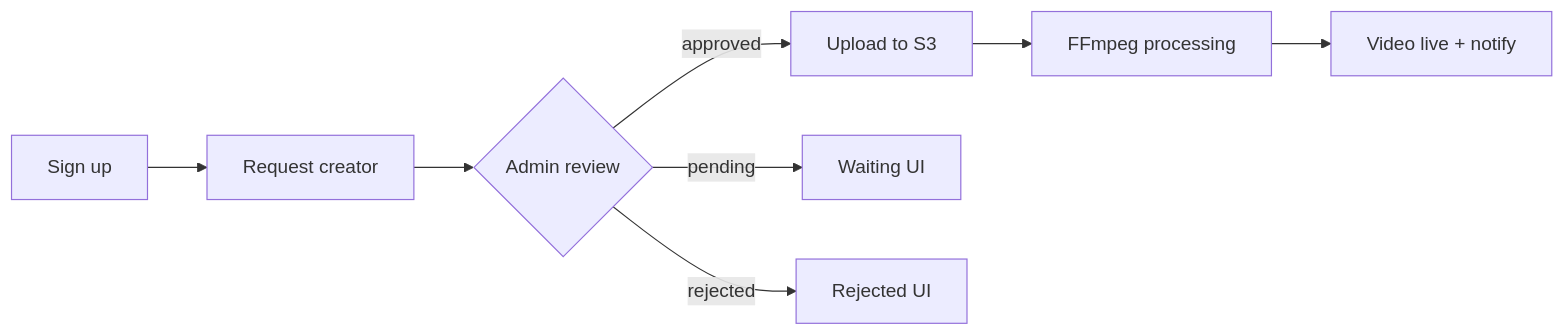
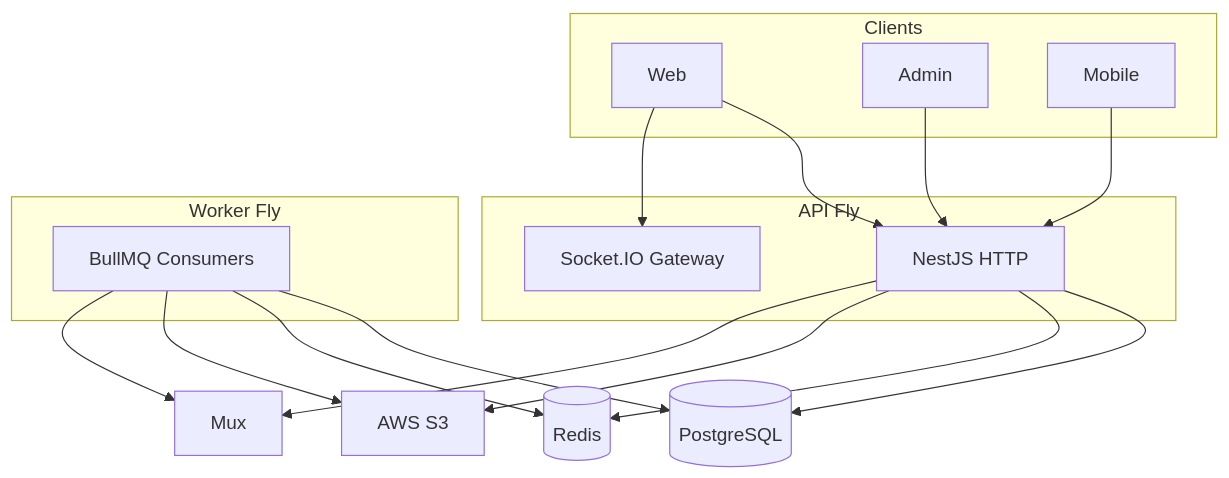
Before and after one commit to Forge-Studios-dev/FORGE: the diagram in docs/FORGE_PROJECT_MASTER.md, drawn with Mermaid. The commit also changed other lines of this file and 106 other files, not shown here.

````diff
--- a/docs/FORGE_PROJECT_MASTER.md
+++ b/docs/FORGE_PROJECT_MASTER.md
@@ -134,10 +40,31 @@
 ```mermaid
-flowchart LR
-  S[Sign up] --> R[Request creator]
-  R --> W{Admin review}
-  W -->|approved| U[Upload to S3]
-  U --> P[FFmpeg processing]
-  P --> L[Video live + notify]
-  W -->|pending| WA[Waiting UI]
-  W -->|rejected| RJ[Rejected UI]
+flowchart TB
+  subgraph clients [Clients]
+    Web[Web]
+    Admin[Admin]
+    Mobile[Mobile]
+  end
+  subgraph api [API Fly]
+    HTTP[NestJS HTTP]
+    GW[Socket.IO Gateway]
+  end
+  subgraph worker [Worker Fly]
+    W[BullMQ Consumers]
+  end
+  PG[(PostgreSQL)]
+  R[(Redis)]
+  S3[AWS S3]
+  Mux[Mux]
+  Web --> HTTP
+  Admin --> HTTP
+  Mobile --> HTTP
+  Web --> GW
+  HTTP --> PG
+  HTTP --> R
+  W --> PG
+  W --> R
+  W --> S3
+  W --> Mux
+  HTTP --> S3
+  HTTP --> Mux
 ```
````
